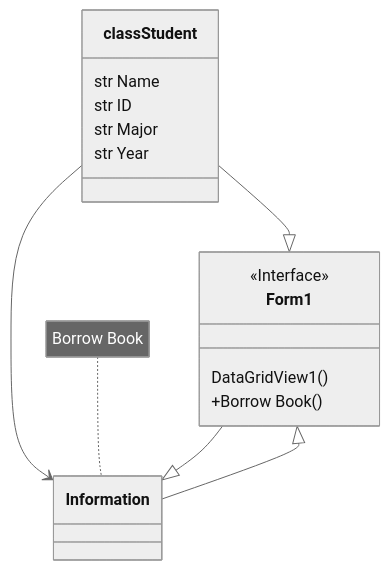
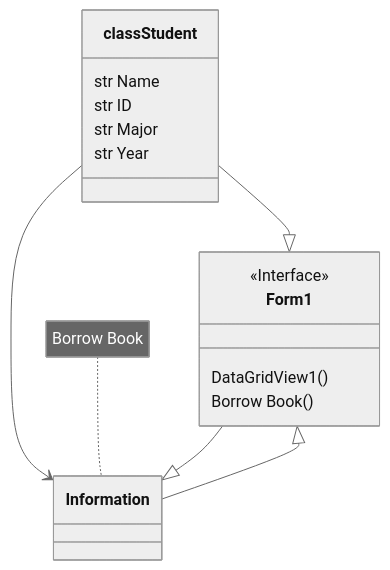
Before and after one commit to bbxxaxxm/Finalnatnicha: the diagram in README.md, drawn with Mermaid (neutral theme).

````diff
--- a/README.md
+++ b/README.md
@@ -9,15 +9,15 @@
 ```mermaid
 classDiagram
 Form1 --|> Information
 <<Interface>> Form1
 Information --|> Form1
 note for Information "Borrow Book"
 classStudent --> Information
 classStudent : str Name
 classStudent : str ID
 classStudent : str Major
 classStudent : str Year
 classStudent --|> Form1
 Form1 : DataGridView1()
-Form1 : +Borrow Book()
+Form1 : Borrow Book()
 ```
````
